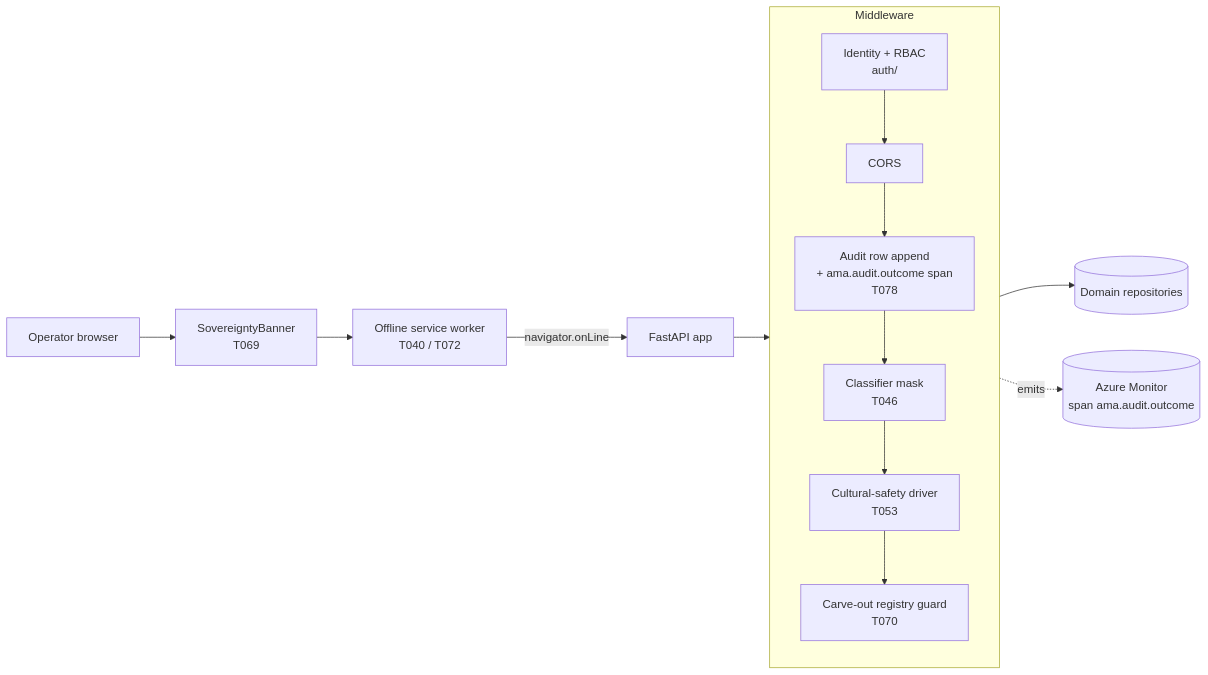
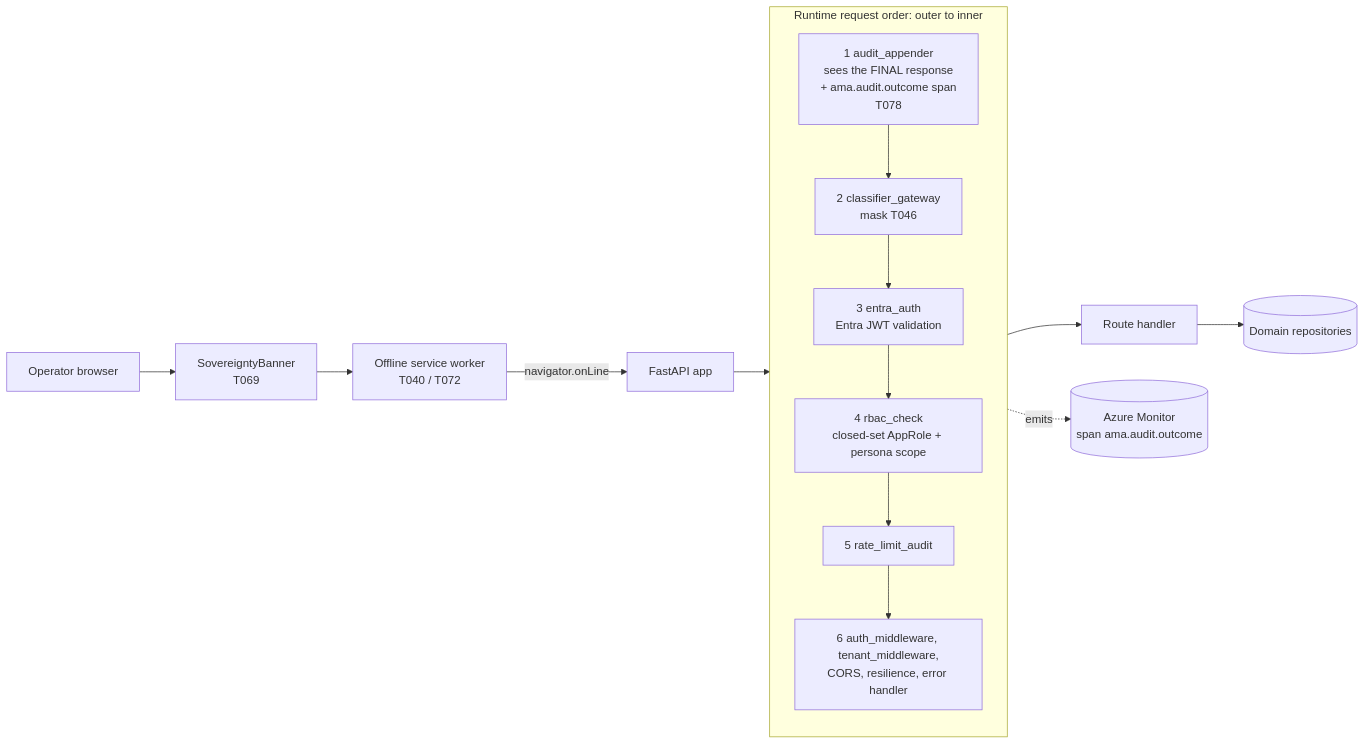
The first of 2 diagrams in docs/architecture/spec-035-middleware-and-offline.md (johnbilliris/ama), drawn with Mermaid before and after one commit. The commit also changed other lines of this file and 1255 other files, not shown here.

````diff
--- a/docs/architecture/spec-035-middleware-and-offline.md
+++ b/docs/architecture/spec-035-middleware-and-offline.md
@@ -28,22 +34,23 @@
 ```mermaid
 flowchart LR
     Client[Operator browser]
     SovBanner[SovereigntyBanner<br/>T069]
     SW[Offline service worker<br/>T040 / T072]
     API[FastAPI app]
 
-    subgraph Middleware
+    subgraph Middleware["Runtime request order: outer to inner"]
         direction TB
-        AuthZ[Identity + RBAC<br/>auth/]
-        Cors[CORS]
-        Audit[Audit row append<br/>+ ama.audit.outcome span<br/>T078]
-        Classifier[Classifier mask<br/>T046]
-        CulturalSafety[Cultural-safety driver<br/>T053]
-        Carveout[Carve-out registry guard<br/>T070]
+        Audit[1 audit_appender<br/>sees the FINAL response<br/>+ ama.audit.outcome span<br/>T078]
+        Classifier[2 classifier_gateway<br/>mask T046]
+        Entra[3 entra_auth<br/>Entra JWT validation]
+        Rbac[4 rbac_check<br/>closed-set AppRole + persona scope]
+        RateLimit[5 rate_limit_audit]
+        Base[6 auth_middleware, tenant_middleware,<br/>CORS, resilience, error handler]
     end
 
     Client --> SovBanner --> SW -->|navigator.onLine| API
-    API --> AuthZ --> Cors --> Audit --> Classifier --> CulturalSafety --> Carveout
-    Carveout --> Domain[(Domain repositories)]
+    API --> Audit --> Classifier --> Entra --> Rbac --> RateLimit --> Base
+    Base --> Handler[Route handler]
+    Handler --> Domain[(Domain repositories)]
     Audit -. emits .-> AppInsights[(Azure Monitor<br/>span ama.audit.outcome)]
 ```
````
